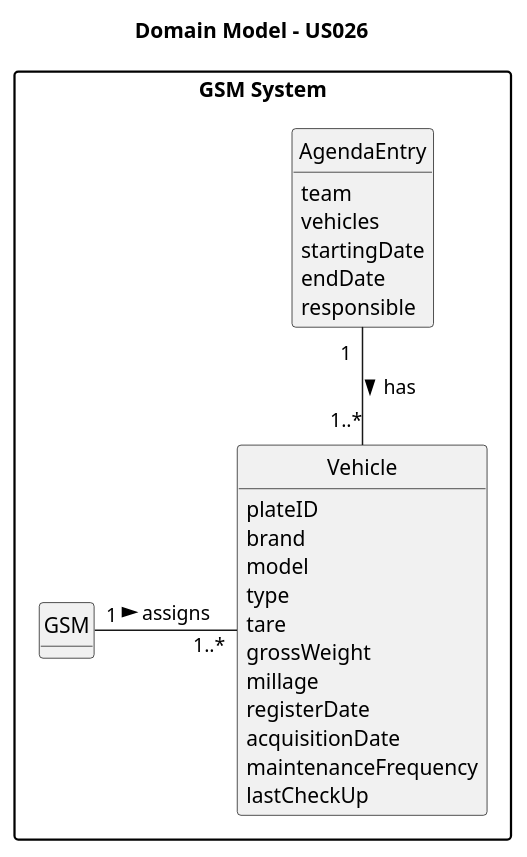
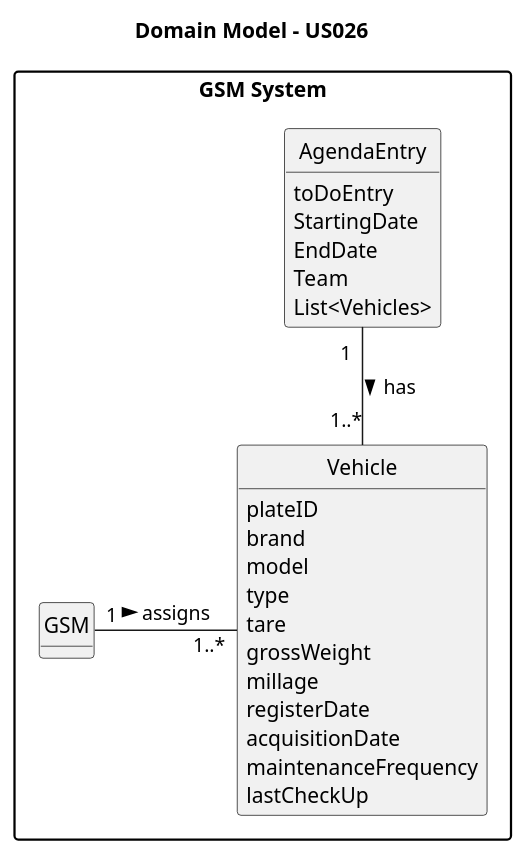
One commit to SAEmanuel/Green_Spaces_Management_ISEP changed the diagram in docs/sprintC/us026/02.analysis/puml/us026-domain-model.puml. Above: the diagram before and after it, drawn with PlantUML. The commit also changed 13 other files, not shown here.

```diff
--- a/docs/sprintC/us026/02.analysis/puml/us026-domain-model.puml
+++ b/docs/sprintC/us026/02.analysis/puml/us026-domain-model.puml
@@ -1,49 +1,49 @@
 @startuml
 
 skinparam monochrome true
 skinparam packageStyle rectangle
 skinparam shadowing false
 
 'left to right direction
 
 title Domain Model - US026
 
 hide circles
 hide methods
 
 package "GSM System" {
 
 
 
     class Vehicle {
         plateID
                  brand
                  model
                  type
                  tare
                  grossWeight
                  millage
                  registerDate
                  acquisitionDate
                  maintenanceFrequency
                  lastCheckUp
     }
 
     class AgendaEntry {
-       team
-       vehicles
-       startingDate
-       endDate
-       responsible
+        toDoEntry
+        StartingDate
+        EndDate
+        Team
+        List<Vehicles>
     }
 
     class GSM {
        }
 
     GSM "1" - "1..*" Vehicle : assigns >
     AgendaEntry "1  " -- "1..*"  Vehicle  : has >
 }
 
 
 
 @enduml
```
